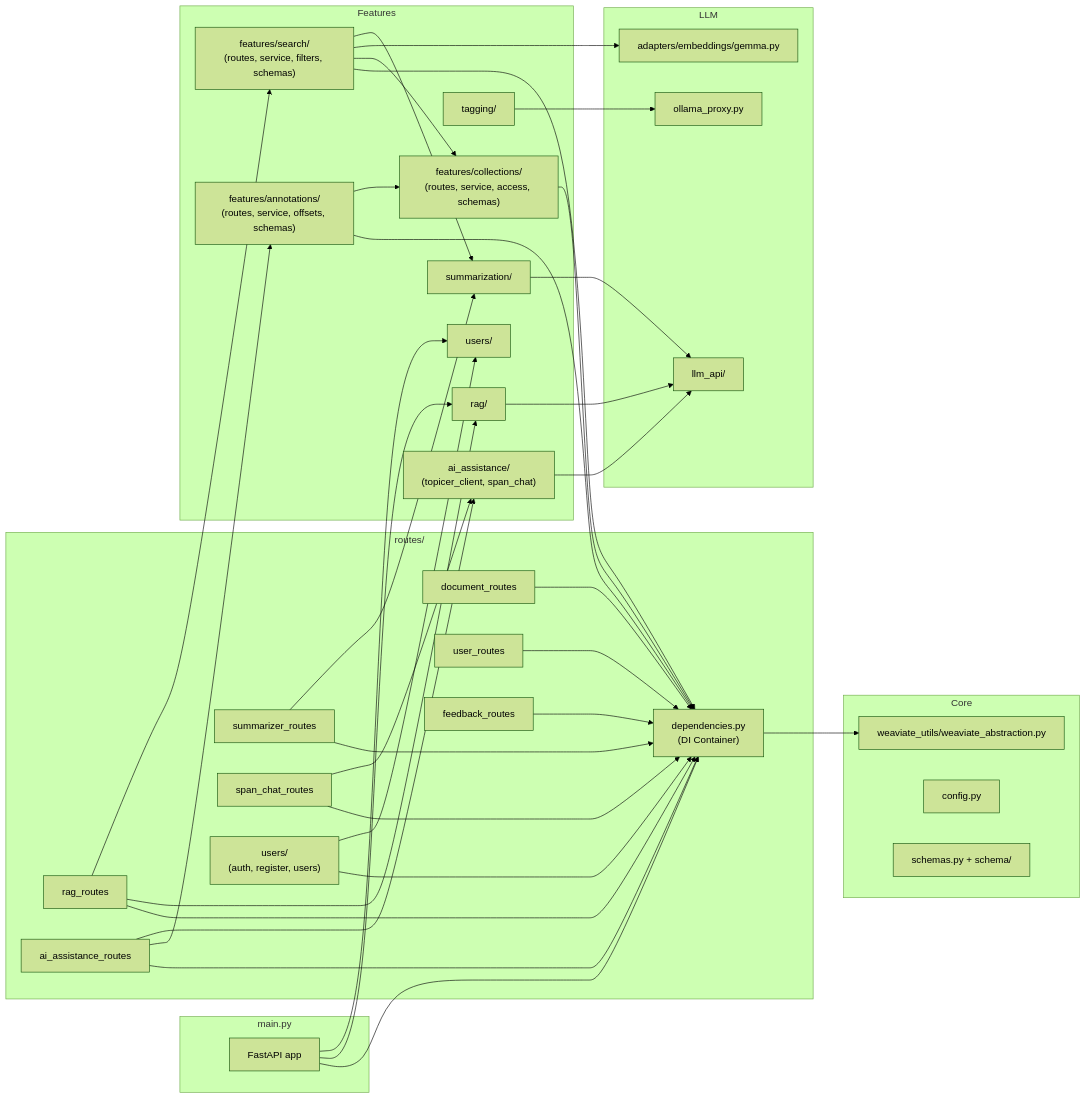
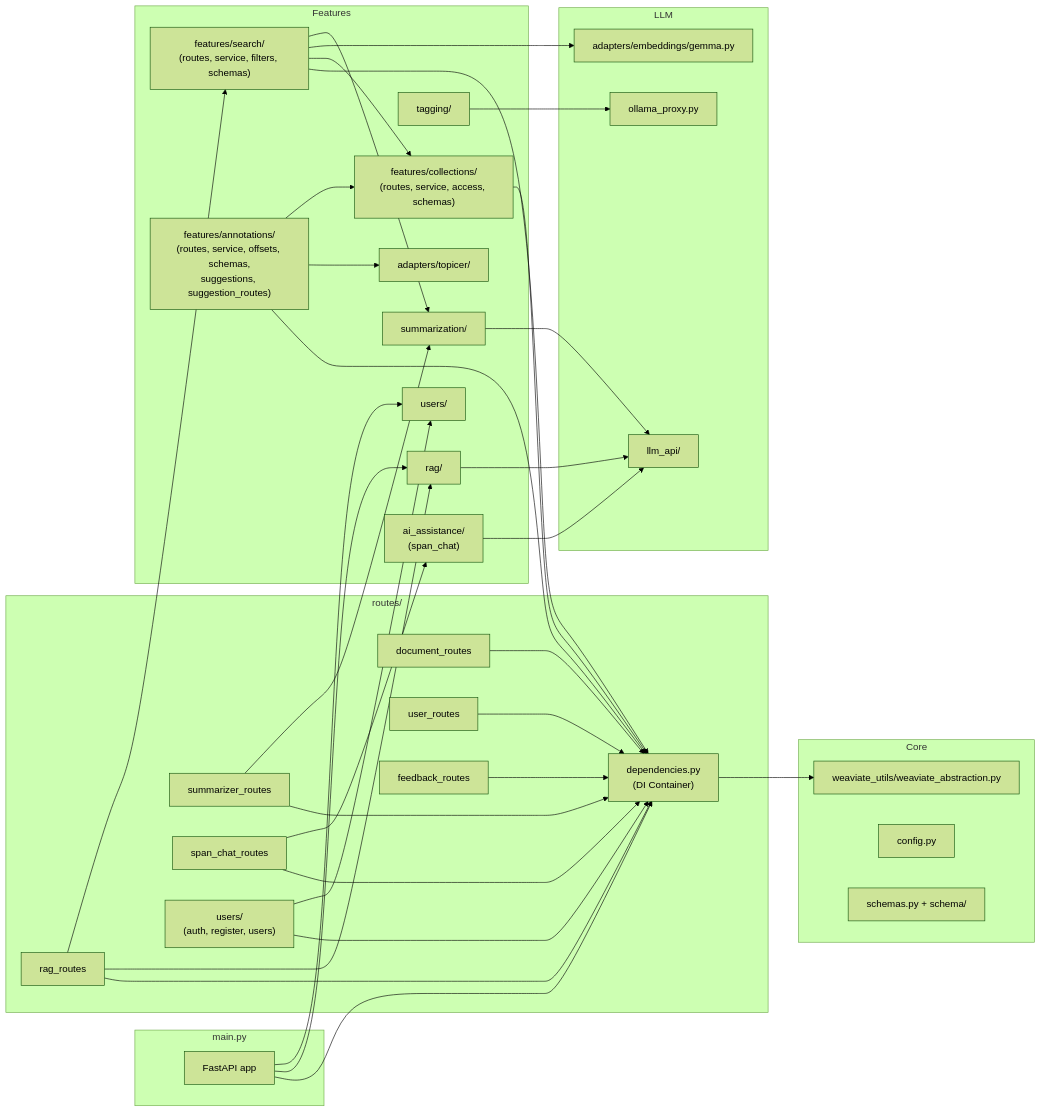
One commit to DCGM/semant-demo changed the second of 6 diagrams in docs/ARCHITECTURE.md. Above: the diagram before and after it, drawn with Mermaid (forest theme). The commit also changed other lines of this file and 32 other files, not shown here.

````diff
--- a/docs/ARCHITECTURE.md
+++ b/docs/ARCHITECTURE.md
@@ -54,60 +54,59 @@
 ```mermaid
 flowchart LR
     subgraph main.py
         APP[FastAPI app]
     end
 
     subgraph routes/
         DI["dependencies.py<br/>(DI Container)"]
         SUM_R[summarizer_routes]
         RAG_R[rag_routes]
-        AI_R[ai_assistance_routes]
         CHAT_R[span_chat_routes]
         DOC_R[document_routes]
         USR_R[user_routes]
         FB_R[feedback_routes]
         AUTH_R["users/<br/>(auth, register, users)"]
     end
 
     subgraph Core
         WS[weaviate_utils/weaviate_abstraction.py]
         CFG[config.py]
         SCH["schemas.py + schema/"]
     end
 
     subgraph LLM
         OLLP[ollama_proxy.py]
         GEMMA[adapters/embeddings/gemma.py]
         LLM_API[llm_api/]
     end
 
     subgraph Features
         RAG_F[rag/]
         SUM[summarization/]
         TAG_F[tagging/]
-        AI_F["ai_assistance/<br/>(topicer_client, span_chat)"]
+        AI_F["ai_assistance/<br/>(span_chat)"]
         USERS[users/]
         COL_F["features/collections/<br/>(routes, service, access, schemas)"]
         SEARCH_F["features/search/<br/>(routes, service, filters, schemas)"]
-        ANN_F["features/annotations/<br/>(routes, service, offsets, schemas)"]
+        ANN_F["features/annotations/<br/>(routes, service, offsets, schemas,<br/>suggestions, suggestion_routes)"]
+        TOPICER["adapters/topicer/"]
     end
 
     APP --> DI & RAG_F & USERS
-    SUM_R & RAG_R & AI_R & CHAT_R & DOC_R & COL_F & SEARCH_F & ANN_F & USR_R & FB_R & AUTH_R --> DI
+    SUM_R & RAG_R & CHAT_R & DOC_R & COL_F & SEARCH_F & ANN_F & USR_R & FB_R & AUTH_R --> DI
     DI --> WS
     RAG_R --> RAG_F
     RAG_R --> SEARCH_F
     SEARCH_F --> COL_F
+    ANN_F --> TOPICER
     SEARCH_F --> GEMMA
     SEARCH_F --> SUM
     SUM_R --> SUM
     ANN_F --> COL_F
-    AI_R --> ANN_F
-    AI_R --> AI_F
     CHAT_R --> AI_F
     RAG_F --> LLM_API
     SUM --> LLM_API
     TAG_F --> OLLP
     AI_F --> LLM_API
     AUTH_R --> USERS
 ```
````
